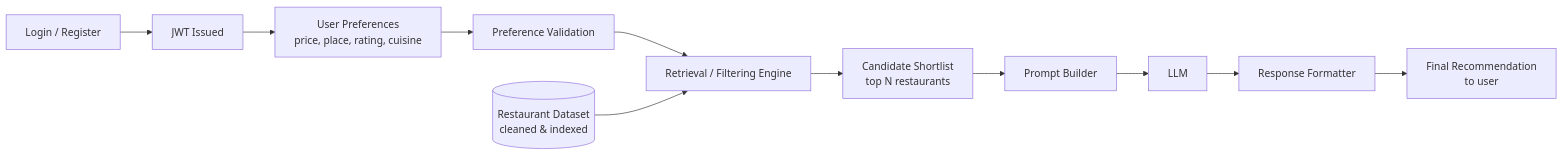
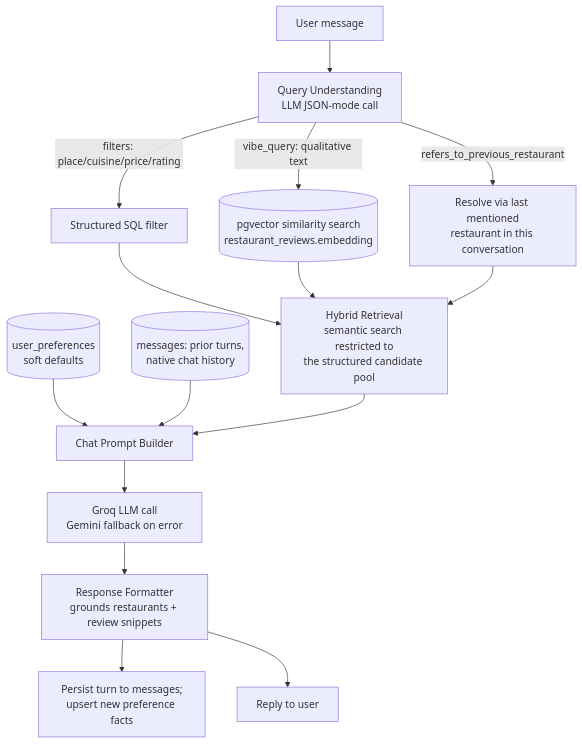
Before and after one commit to taya12hu/gen-ai-project: the diagram in ARCHITECTURE.md, drawn with Mermaid. The commit also changed other lines of this file, not shown here.

Commit message:
docs: update ARCHITECTURE.md for domain-based layout and new chat/retrieval features

````diff
--- a/ARCHITECTURE.md
+++ b/ARCHITECTURE.md
@@ -12,13 +25,17 @@
 ```mermaid
-flowchart LR
-    A[Login / Register] --> J[JWT Issued]
-    J --> U[User Preferences<br/>price, place, rating, cuisine]
-    U --> V[Preference Validation]
-    V --> R[Retrieval / Filtering Engine]
-    D[(Restaurant Dataset<br/>cleaned & indexed)] --> R
-    R --> C[Candidate Shortlist<br/>top N restaurants]
-    C --> P[Prompt Builder]
-    P --> L[LLM]
-    L --> F[Response Formatter]
-    F --> O[Final Recommendation<br/>to user]
+flowchart TD
+    U[User message] --> QU[Query Understanding<br/>LLM JSON-mode call]
+    QU -->|filters: place/cuisine/price/rating| SF[Structured SQL filter]
+    QU -->|vibe_query: qualitative text| VEC[(pgvector similarity search<br/>restaurant_reviews.embedding)]
+    QU -->|refers_to_previous_restaurant| REF[Resolve via last mentioned<br/>restaurant in this conversation]
+    SF --> HYB[Hybrid Retrieval<br/>semantic search restricted to<br/>the structured candidate pool]
+    VEC --> HYB
+    REF --> HYB
+    PREFS[(user_preferences<br/>soft defaults)] --> PB[Chat Prompt Builder]
+    HIST[(messages: prior turns,<br/>native chat history)] --> PB
+    HYB --> PB
+    PB --> LLM[Groq LLM call<br/>Gemini fallback on error]
+    LLM --> RF[Response Formatter<br/>grounds restaurants + review snippets]
+    RF --> STORE[Persist turn to messages;<br/>upsert new preference facts]
+    RF --> OUT[Reply to user]
 ```
````
